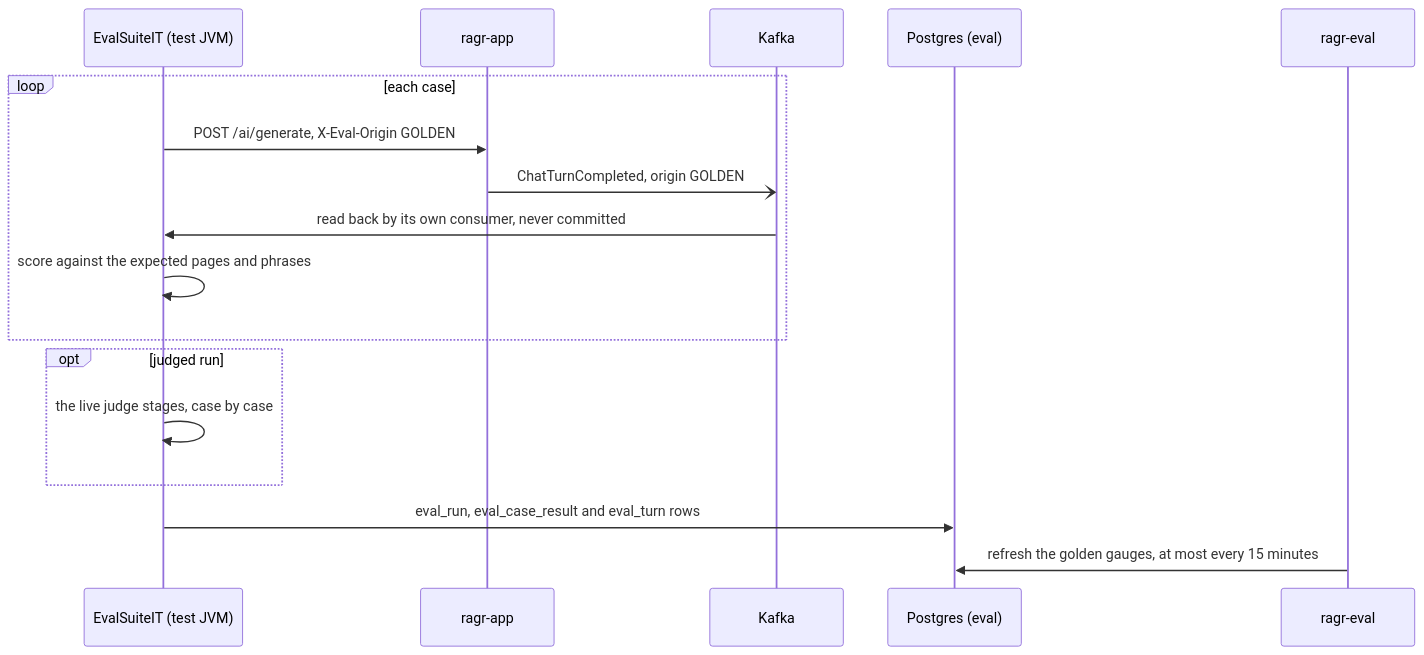
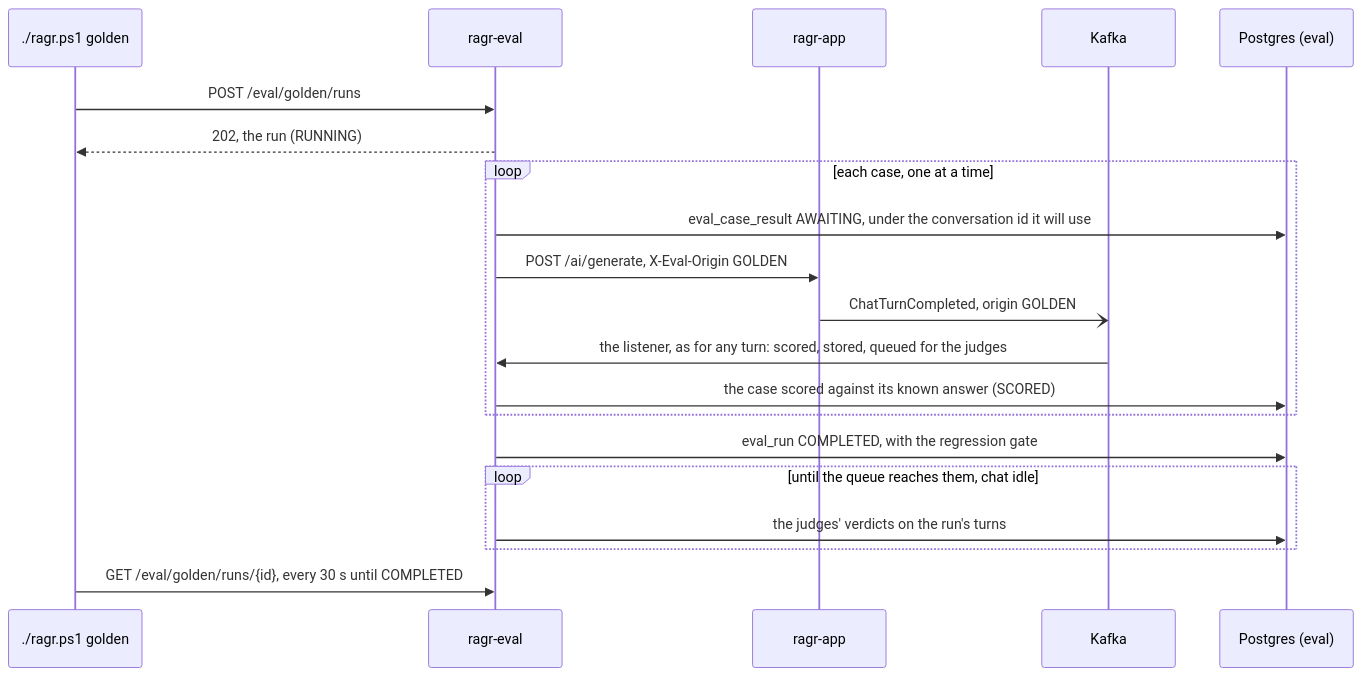
Before and after one commit to subhanmishra/spring-ai: the second of 2 diagrams in ragr-eval/README.md, drawn with Mermaid. The commit also changed other lines of this file and 2 other files, not shown here.

First line of the commit message:
Document golden runs as an endpoint on the live evaluation path

````diff
--- a/ragr-eval/README.md
+++ b/ragr-eval/README.md
@@ -148,20 +152,23 @@
 ```mermaid
 sequenceDiagram
-    participant T as EvalSuiteIT (test JVM)
+    participant U as ./ragr.ps1 golden
+    participant E as ragr-eval
     participant C as ragr-app
     participant K as Kafka
     participant P as Postgres (eval)
-    participant E as ragr-eval
 
-    loop each case
-        T->>C: POST /ai/generate, X-Eval-Origin GOLDEN
+    U->>E: POST /eval/golden/runs
+    E-->>U: 202, the run (RUNNING)
+    loop each case, one at a time
+        E->>P: eval_case_result AWAITING, under the conversation id it will use
+        E->>C: POST /ai/generate, X-Eval-Origin GOLDEN
         C-)K: ChatTurnCompleted, origin GOLDEN
-        K->>T: read back by its own consumer, never committed
-        T->>T: score against the expected pages and phrases
+        K->>E: the listener, as for any turn: scored, stored, queued for the judges
+        E->>P: the case scored against its known answer (SCORED)
     end
-    opt judged run
-        T->>T: the live judge stages, case by case
+    E->>P: eval_run COMPLETED, with the regression gate
+    loop until the queue reaches them, chat idle
+        E->>P: the judges' verdicts on the run's turns
     end
-    T->>P: eval_run, eval_case_result and eval_turn rows
-    E->>P: refresh the golden gauges, at most every 15 minutes
+    U->>E: GET /eval/golden/runs/{id}, every 30 s until COMPLETED
 ```
````
